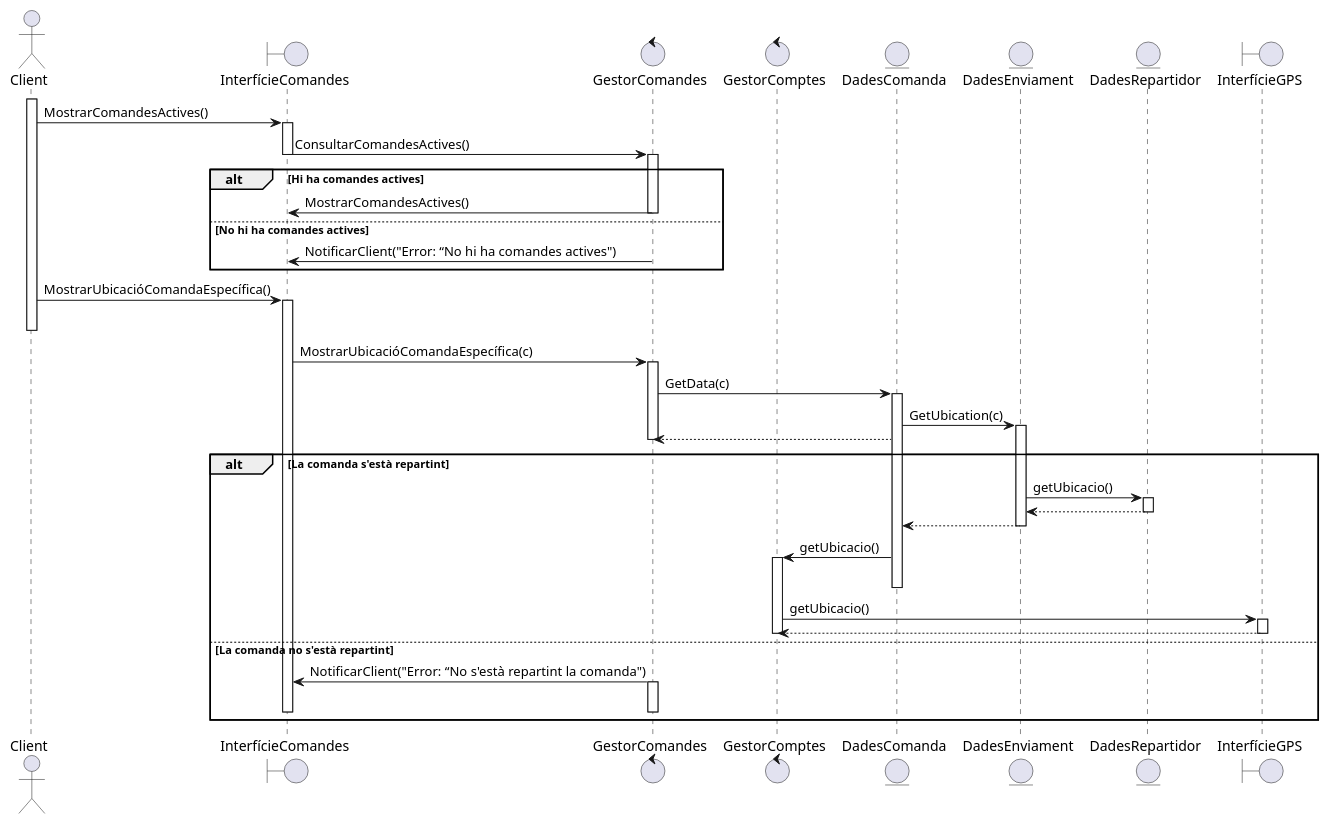
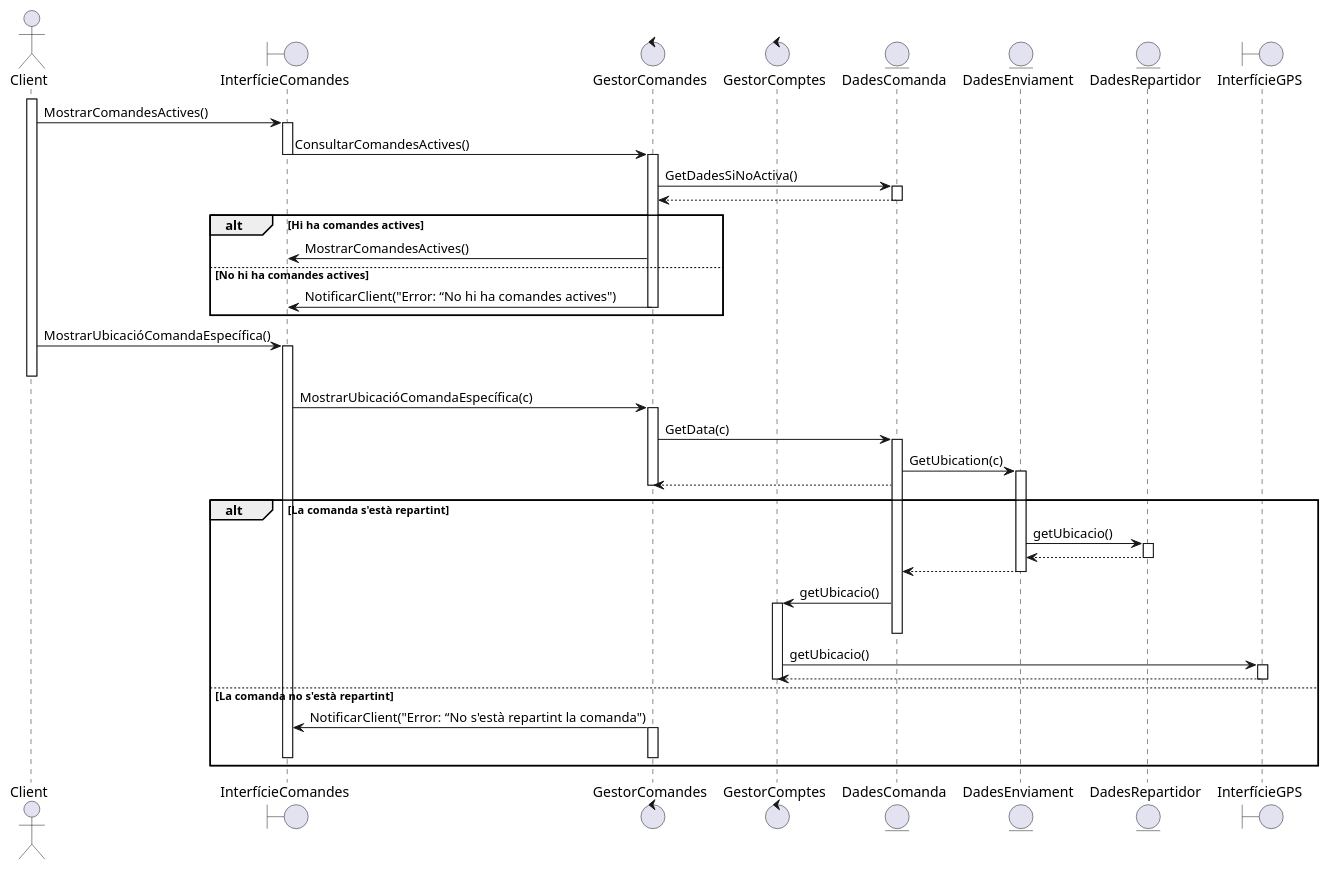
Before and after one commit to martipages/ES23UAB431-02: the diagram in documents/Diagrames i Especificacions/Seqüencia/seta/5 - Seguiment Comanda.puml, drawn with PlantUML. The commit also changed 19 other files, not shown here.

```diff
--- a/documents/Diagrames i Especificacions/Seqüencia/seta/5 - Seguiment Comanda.puml
+++ b/documents/Diagrames i Especificacions/Seqüencia/seta/5 - Seguiment Comanda.puml
@@ -1,56 +1,60 @@
 @startuml
 
 actor Client
 boundary InterfícieComandes
 boundary InterfícieGPS
 control GestorComandes
 control GestorComptes
 
 entity DadesComanda
 entity DadesEnviament
 entity DadesRepartidor
 boundary InterfícieGPS
 
 Client++
 Client -> InterfícieComandes++: MostrarComandesActives()
 InterfícieComandes -> GestorComandes--++: ConsultarComandesActives()
+
+GestorComandes->DadesComanda++:GetDadesSiNoActiva()
+DadesComanda-->GestorComandes--
+
 alt Hi ha comandes actives
-GestorComandes->InterfícieComandes--: MostrarComandesActives() 
+GestorComandes->InterfícieComandes: MostrarComandesActives() 
 else No hi ha comandes actives
-GestorComandes->InterfícieComandes: NotificarClient("Error: “No hi ha comandes actives")
+GestorComandes->InterfícieComandes--: NotificarClient("Error: “No hi ha comandes actives")
 end
 
 Client -> InterfícieComandes++: MostrarUbicacióComandaEspecífica()
 Client--
 InterfícieComandes -> GestorComandes++: MostrarUbicacióComandaEspecífica(c)
 GestorComandes -> DadesComanda++: GetData(c)
 DadesComanda -> DadesEnviament++: GetUbication(c)
 DadesComanda --> GestorComandes
 GestorComandes--
 
 alt La comanda s'està repartint
 DadesEnviament->DadesRepartidor++: getUbicacio()
 DadesRepartidor-->DadesEnviament--
 
 DadesEnviament-->DadesComanda--
 DadesComanda->GestorComptes++: getUbicacio()
 DadesComanda--
 GestorComptes->InterfícieGPS++: getUbicacio()
 InterfícieGPS-->GestorComptes
 InterfícieGPS--
 GestorComptes--
 
 
 
 else La comanda no s'està repartint
 GestorComandes->InterfícieComandes: NotificarClient("Error: “No s'està repartint la comanda")
 
 GestorComandes++
 InterfícieComandes--
 GestorComandes--
 end
 
 
 
 
 @enduml
```
